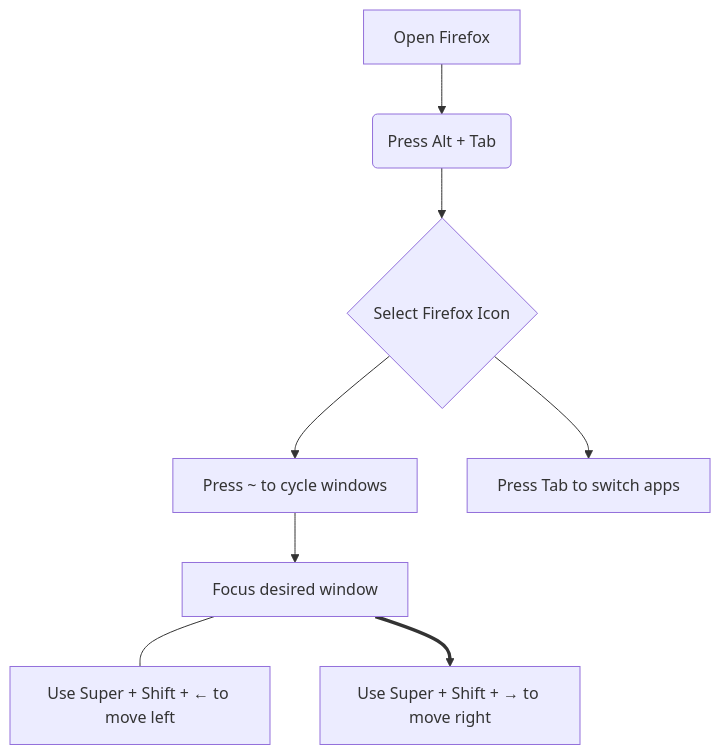
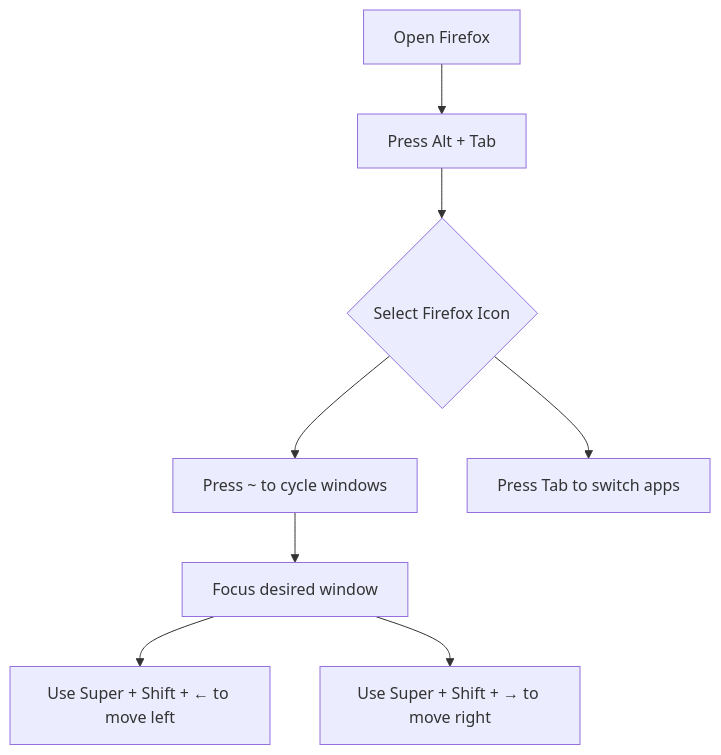
One commit to tconn93/MasteringMarkdown changed the first of 5 diagrams in README.md. Above: the diagram before and after it, drawn with Mermaid. The commit also changed other lines of this file, not shown here.

````diff
--- a/README.md
+++ b/README.md
@@ -138,10 +12,10 @@
 ```mermaid
 graph TD
-    A[Open Firefox]-->B(Press Alt + Tab)
+    A[Open Firefox]-->B[Press Alt + Tab]
     B --> C{Select Firefox Icon}
     C --> D[Press ~ to cycle windows]
     C --> E[Press Tab to switch apps]
     D --> F[Focus desired window]
-    F --- H[Use Super + Shift + &larr; to move left]
-    F ==> G[Use Super + Shift + &rarr; to move right]
+    F --> H[Use Super + Shift + &larr; to move left]
+    F --> G[Use Super + Shift + &rarr; to move right]
 ```
````
